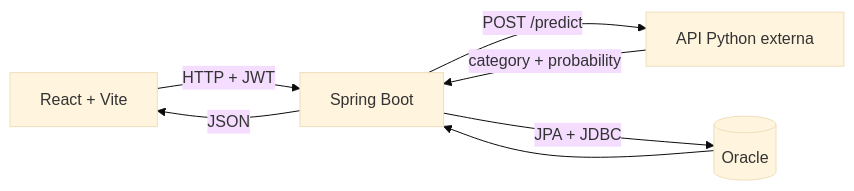
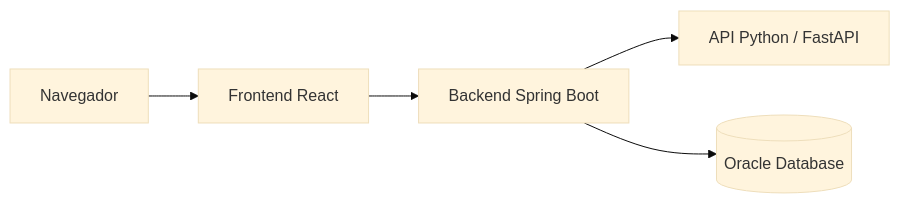
The diagram in README.md (No-Country-simulation/G9-LATAM-TEAM-67), drawn with Mermaid (base theme) before and after one commit. The commit also changed other lines of this file and 4 other files, not shown here.

````diff
--- a/README.md
+++ b/README.md
@@ -32,9 +11,7 @@
 ```mermaid
 flowchart LR
-    A[React + Vite] -->|HTTP + JWT| B[Spring Boot]
-    B -->|POST /predict| C[API Python externa]
-    C -->|category + probability| B
-    B -->|JPA + JDBC| D[(Oracle)]
-    D --> B
-    B -->|JSON| A
+    N[Navegador] --> F[Frontend React]
+    F --> B[Backend Spring Boot]
+    B --> P[API Python / FastAPI]
+    B --> O[(Oracle Database)]
 ```
````
